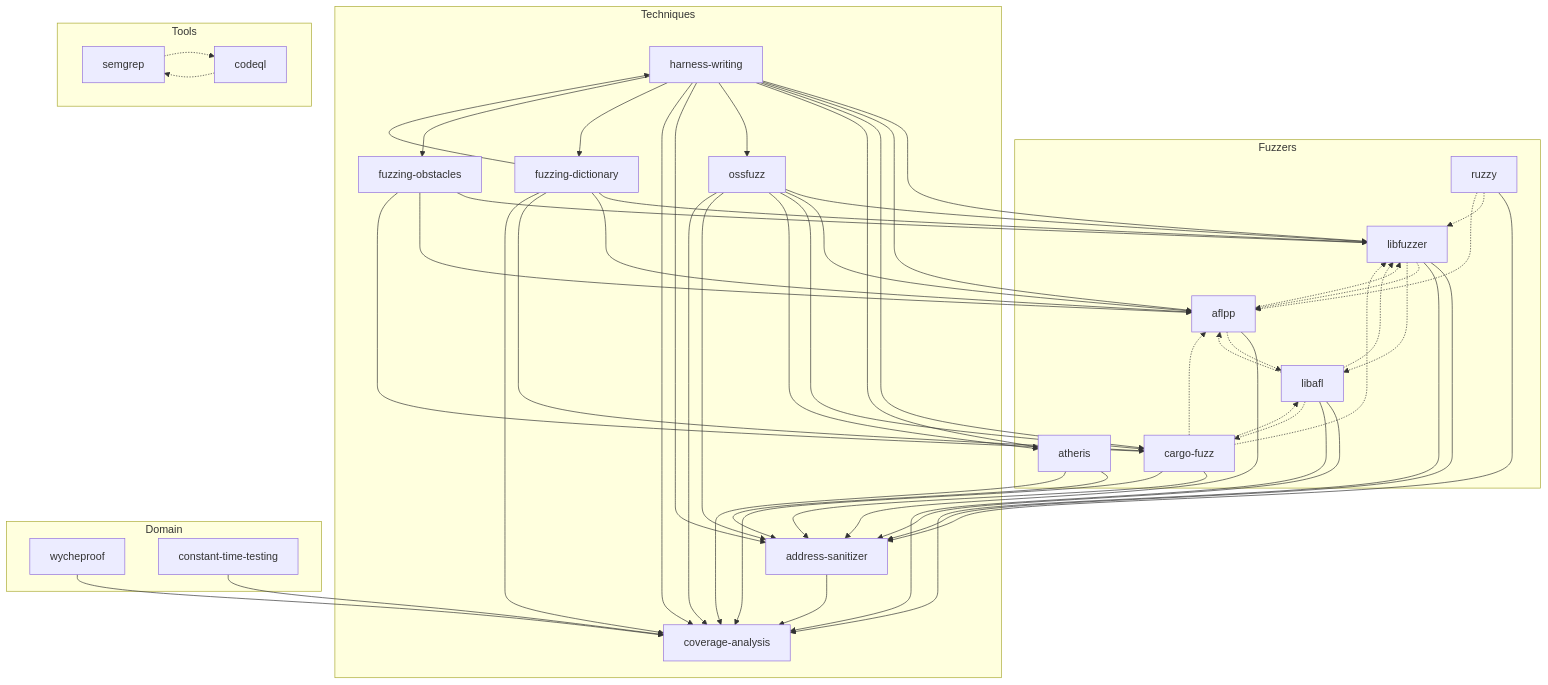
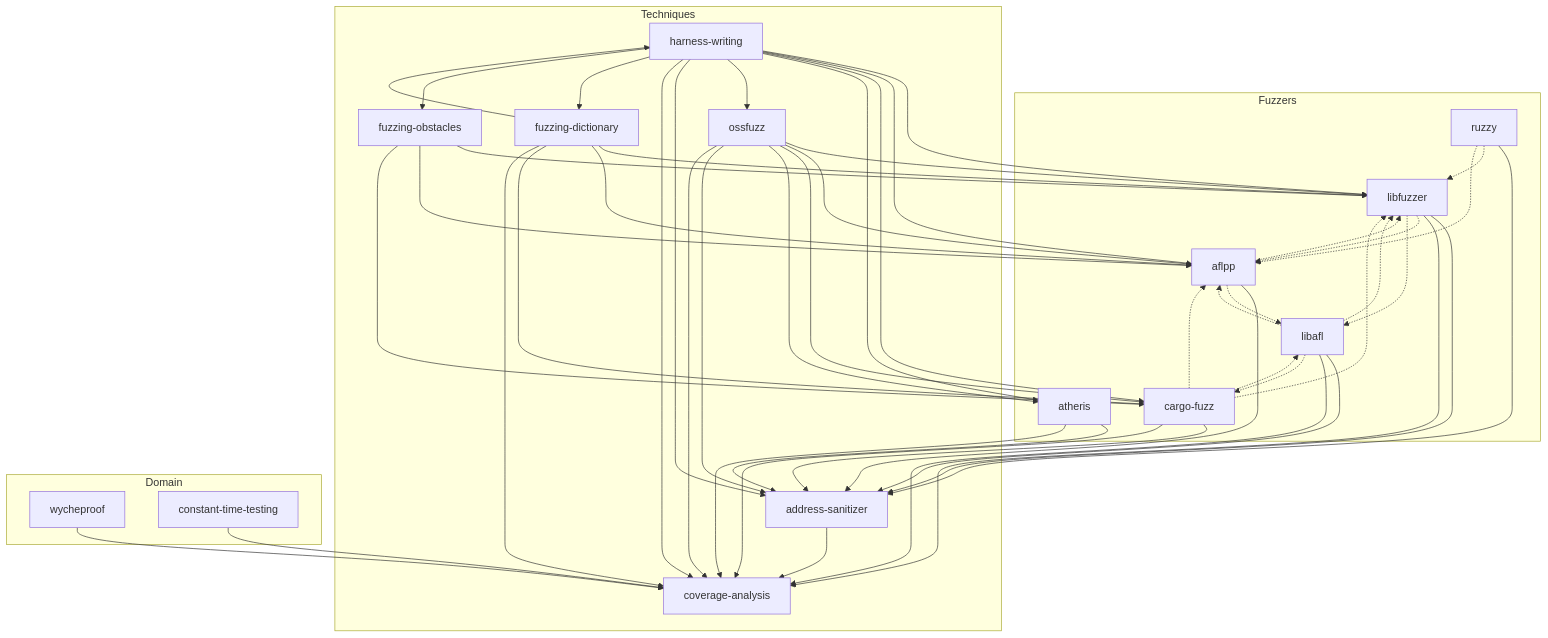
Before and after one commit to seikaikyo/dash-skills: the diagram in external/trailofbits-security/testing-handbook-skills/README.md, drawn with Mermaid. The commit also changed other lines of this file and 479 other files, not shown here.

```diff
--- a/external/trailofbits-security/testing-handbook-skills/README.md
+++ b/external/trailofbits-security/testing-handbook-skills/README.md
@@ -133,11 +133,6 @@
         fuzzing-dictionary[fuzzing-dictionary]
         fuzzing-obstacles[fuzzing-obstacles]
         ossfuzz[ossfuzz]
-    end
-
-    subgraph Tools
-        semgrep[semgrep]
-        codeql[codeql]
     end
 
     subgraph Domain
@@ -171,10 +166,6 @@
     ruzzy -.-> libfuzzer
     ruzzy -.-> aflpp
 
-    %% Tool ↔ Tool alternatives
-    semgrep -.-> codeql
-    codeql -.-> semgrep
-
     %% Technique → Fuzzer references
     harness-writing --> libfuzzer
     harness-writing --> aflpp
```
